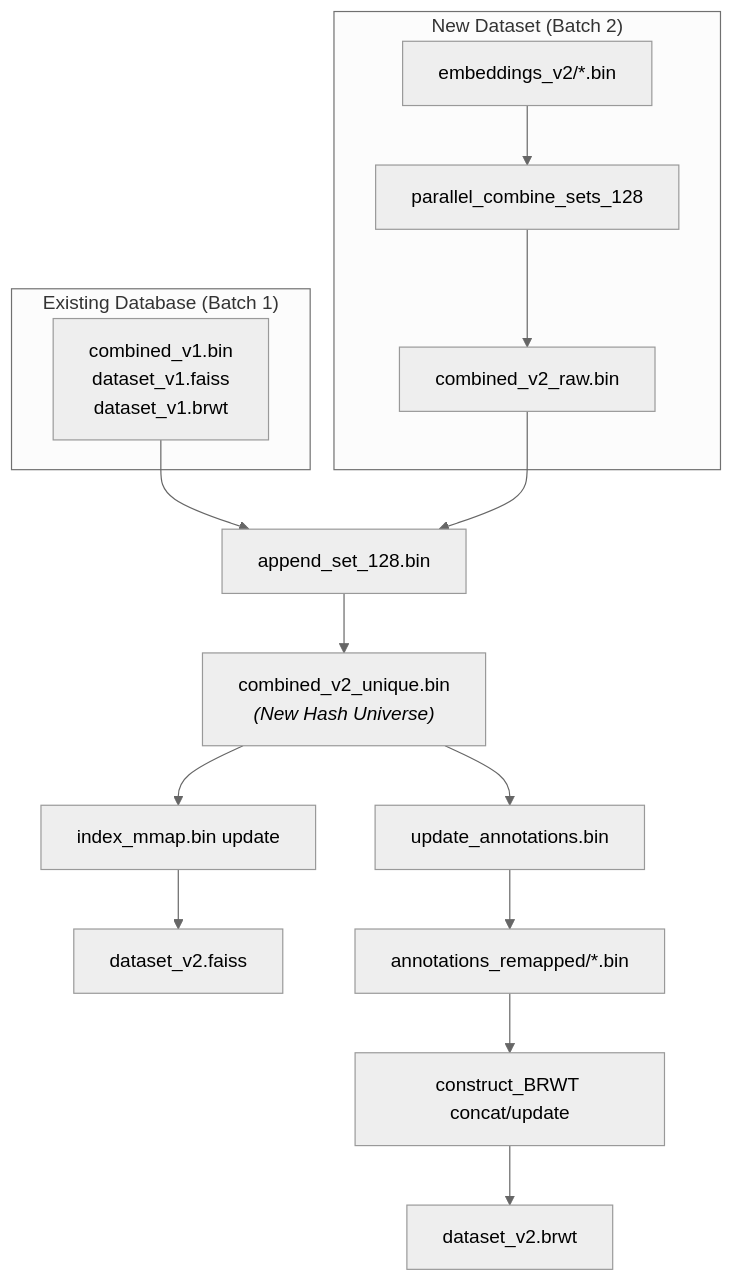
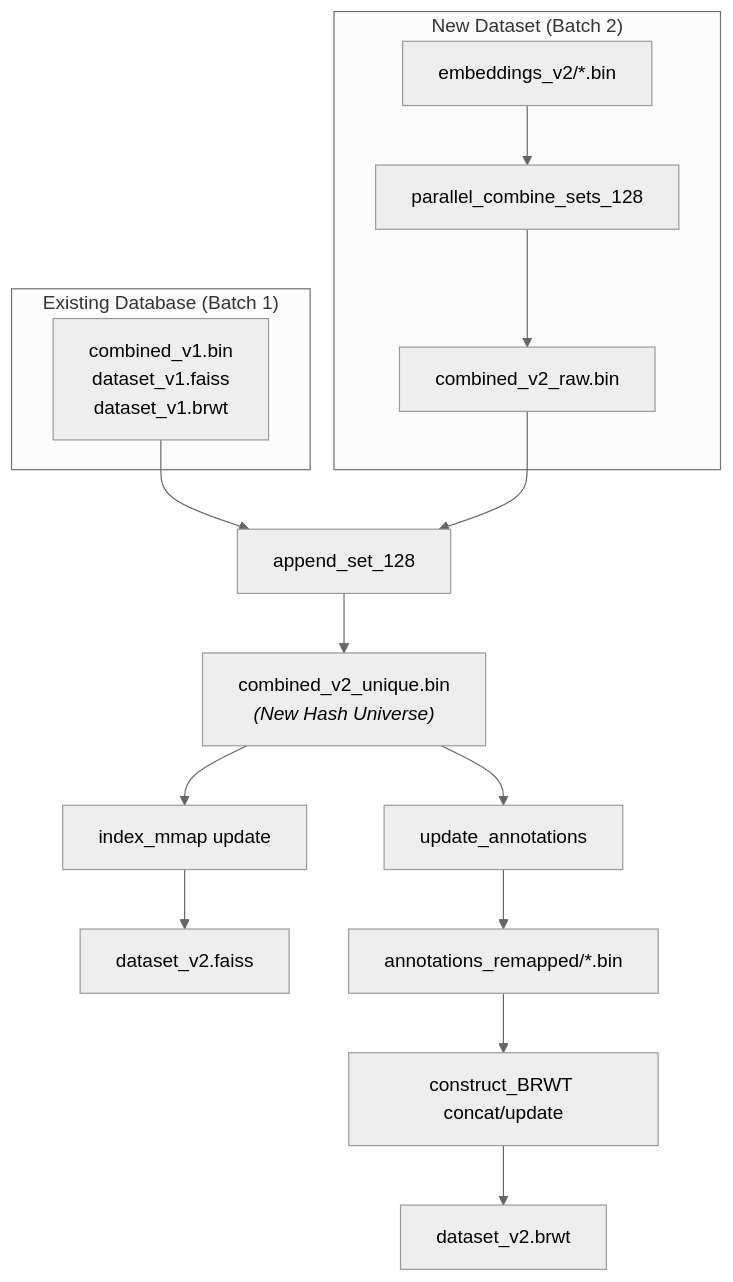
The diagram in incremental-update.md (tracywong117/meshmetal.docs), drawn with Mermaid (neutral theme) before and after one commit. The commit also changed other lines of this file and 11 other files, not shown here.

````diff
--- a/incremental-update.md
+++ b/incremental-update.md
@@ -9,23 +9,23 @@
 ```mermaid
 flowchart TD
     subgraph Existing ["<div>Existing Database (Batch 1)</div>"]
         E1["<div>combined_v1.bin<br/>dataset_v1.faiss<br/>dataset_v1.brwt</div>"]
     end
 
     subgraph New ["<div>New Dataset (Batch 2)</div>"]
         N1["<div>embeddings_v2/*.bin</div>"] --> N2["<div>parallel_combine_sets_128</div>"]
         N2 --> N3["<div>combined_v2_raw.bin</div>"]
     end
 
-    E1 --> APP["<div>append_set_128.bin</div>"]
+    E1 --> APP["<div>append_set_128</div>"]
     N3 --> APP
     APP --> UNI["<div>combined_v2_unique.bin<br/><i>(New Hash Universe)</i></div>"]
 
-    UNI --> F_UPD["<div>index_mmap.bin update</div>"]
+    UNI --> F_UPD["<div>index_mmap update</div>"]
     F_UPD --> F_V2["<div>dataset_v2.faiss</div>"]
 
-    UNI --> A_UPD["<div>update_annotations.bin</div>"]
+    UNI --> A_UPD["<div>update_annotations</div>"]
     A_UPD --> A_REM["<div>annotations_remapped/*.bin</div>"]
     A_REM --> BRWT_UPD["<div>construct_BRWT concat/update</div>"]
     BRWT_UPD --> B_V2["<div>dataset_v2.brwt</div>"]
 ```
````
